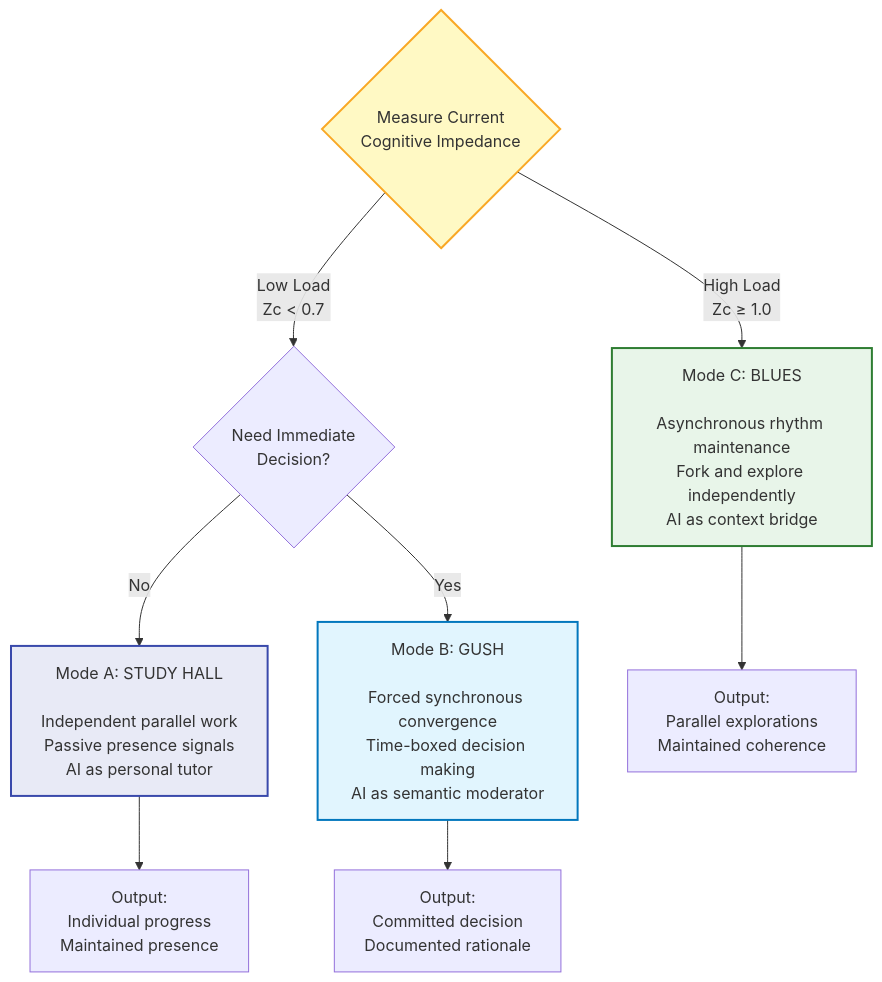
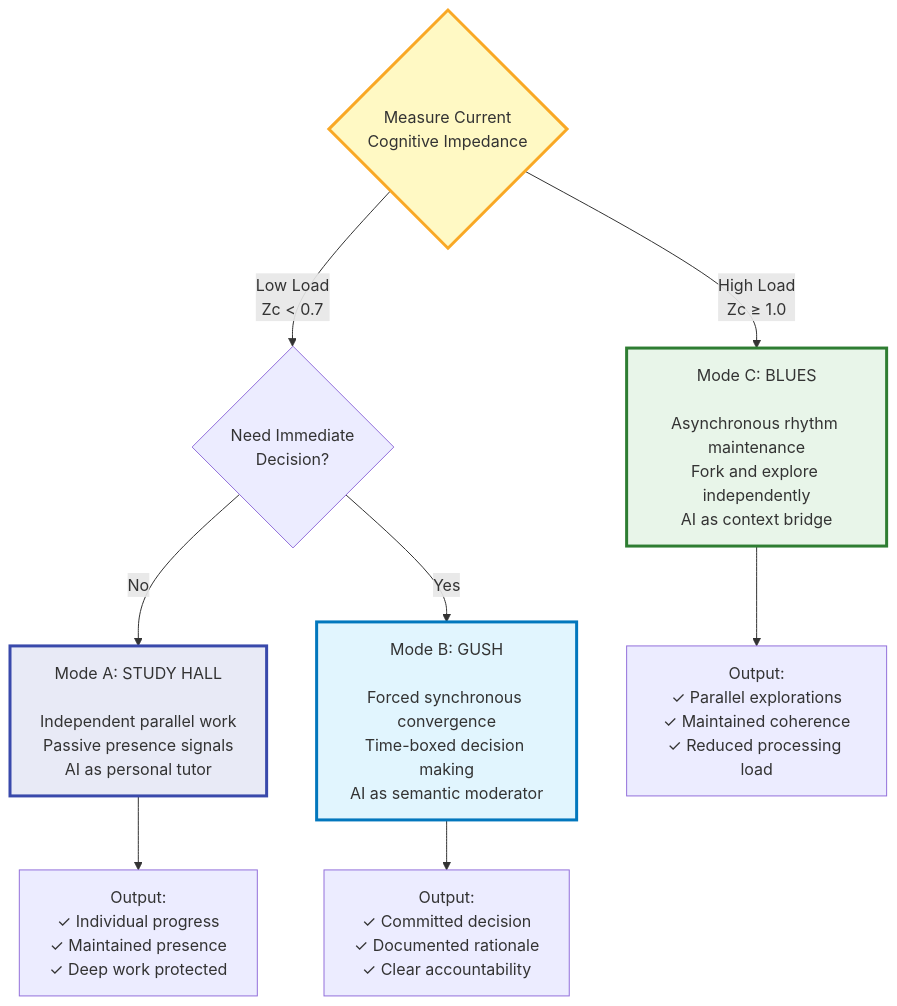
Before and after one commit to pyragogy/protocols: the fourth of 16 diagrams in P-001 -/PROTOCOL-001-CORE.md, drawn with Mermaid. The commit also changed other lines of this file and 1 other file, not shown here.

````diff
--- a/P-001 -/PROTOCOL-001-CORE.md
+++ b/P-001 -/PROTOCOL-001-CORE.md
@@ -114,19 +168,19 @@
 ```mermaid
 graph TB
     Start{Measure Current<br/>Cognitive Impedance}
     
     Start -->|Low Load<br/>Zc < 0.7| Decision{Need Immediate<br/>Decision?}
     Decision -->|No| ModeA[Mode A: STUDY HALL<br/><br/>Independent parallel work<br/>Passive presence signals<br/>AI as personal tutor]
     Decision -->|Yes| ModeB[Mode B: GUSH<br/><br/>Forced synchronous convergence<br/>Time-boxed decision making<br/>AI as semantic moderator]
     
     Start -->|High Load<br/>Zc ≥ 1.0| ModeC[Mode C: BLUES<br/><br/>Asynchronous rhythm maintenance<br/>Fork and explore independently<br/>AI as context bridge]
     
-    ModeA --> OutA[Output:<br/>Individual progress<br/>Maintained presence]
-    ModeB --> OutB[Output:<br/>Committed decision<br/>Documented rationale]
-    ModeC --> OutC[Output:<br/>Parallel explorations<br/>Maintained coherence]
+    ModeA --> OutA[Output:<br/>✓ Individual progress<br/>✓ Maintained presence<br/>✓ Deep work protected]
+    ModeB --> OutB[Output:<br/>✓ Committed decision<br/>✓ Documented rationale<br/>✓ Clear accountability]
+    ModeC --> OutC[Output:<br/>✓ Parallel explorations<br/>✓ Maintained coherence<br/>✓ Reduced processing load]
     
-    style ModeA fill:#e8eaf6,stroke:#3949ab,stroke-width:2px
-    style ModeB fill:#e1f5fe,stroke:#0277bd,stroke-width:2px
-    style ModeC fill:#e8f5e9,stroke:#2e7d32,stroke-width:2px
-    style Start fill:#fff9c4,stroke:#f9a825,stroke-width:2px
+    style ModeA fill:#e8eaf6,stroke:#3949ab,stroke-width:3px
+    style ModeB fill:#e1f5fe,stroke:#0277bd,stroke-width:3px
+    style ModeC fill:#e8f5e9,stroke:#2e7d32,stroke-width:3px
+    style Start fill:#fff9c4,stroke:#f9a825,stroke-width:3px
 ```
````
